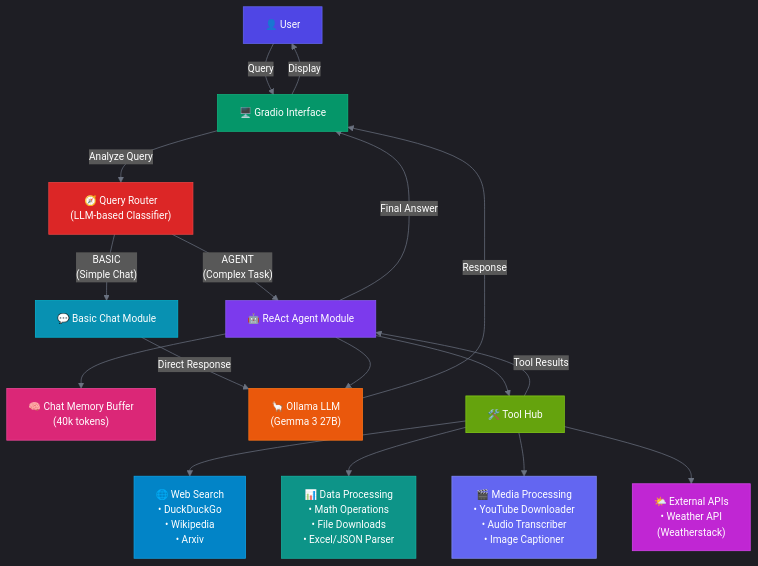
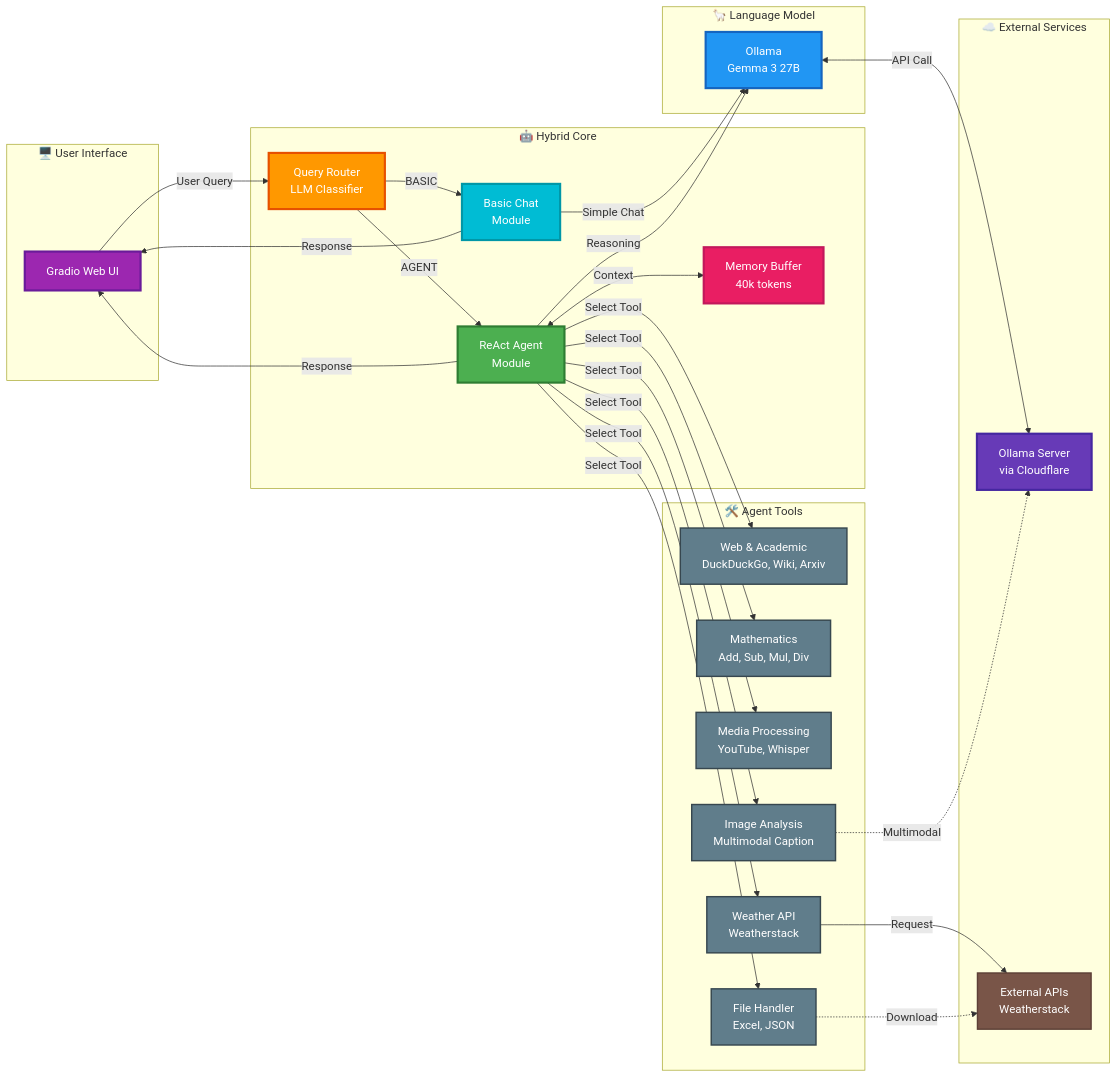
One commit to baloglu321/Hibrit_Chatbot_with_llamaindex changed the diagram in README.md. Above: the diagram before and after it, drawn with Mermaid.

Commit message:
Readme_Update_2

````diff
--- a/README.md
+++ b/README.md
@@ -7,43 +7,69 @@
 ```mermaid
-%%{init: {'theme':'dark', 'themeVariables': {'primaryColor':'#1f2937','primaryTextColor':'#fff','primaryBorderColor':'#4b5563','lineColor':'#6b7280','secondaryColor':'#374151','tertiaryColor':'#1f2937','textColor':'#fff','fontSize':'14px'}}}%%
-graph TB
-    User["👤 User"]
-    Gradio["🖥️ Gradio Interface"]
-    Router["🧭 Query Router<br/>(LLM-based Classifier)"]
-    BasicModule["💬 Basic Chat Module"]
-    AgentModule["🤖 ReAct Agent Module"]
-    Memory["🧠 Chat Memory Buffer<br/>(40k tokens)"]
+graph LR
+    subgraph UI["🖥️ User Interface"]
+        Web[Gradio Web UI]
+    end
+
+    subgraph Core["🤖 Hybrid Core"]
+        Router[Query Router<br/>LLM Classifier]
+        Basic[Basic Chat<br/>Module]
+        Agent[ReAct Agent<br/>Module]
+        Memory[Memory Buffer<br/>40k tokens]
+    end
+
+    subgraph LLM["🦙 Language Model"]
+        Ollama[Ollama<br/>Gemma 3 27B]
+    end
+
+    subgraph Tools["🛠️ Agent Tools"]
+        Search[Web & Academic<br/>DuckDuckGo, Wiki, Arxiv]
+        Math[Mathematics<br/>Add, Sub, Mul, Div]
+        Media[Media Processing<br/>YouTube, Whisper]
+        Vision[Image Analysis<br/>Multimodal Caption]
+        Files[File Handler<br/>Excel, JSON]
+        Weather[Weather API<br/>Weatherstack]
+    end
+
+    subgraph External["☁️ External Services"]
+        OllamaServer[Ollama Server<br/>via Cloudflare]
+        APIs[External APIs<br/>Weatherstack]
+    end
+
+    Web -->|User Query| Router
+    Router -->|BASIC| Basic
+    Router -->|AGENT| Agent
     
-    User -->|"Query"| Gradio
-    Gradio -->|"Analyze Query"| Router
-    Router -->|"BASIC<br/>(Simple Chat)"| BasicModule
-    Router -->|"AGENT<br/>(Complex Task)"| AgentModule
+    Basic -->|Simple Chat| Ollama
+    Agent -->|Reasoning| Ollama
+    Agent <-->|Context| Memory
     
-    BasicModule -->|"Direct Response"| OllamaLLM["🦙 Ollama LLM<br/>(Gemma 3 27B)"]
-    AgentModule --> Memory
-    AgentModule --> OllamaLLM
-    AgentModule --> ToolHub["🛠️ Tool Hub"]
+    Agent -->|Select Tool| Search
+    Agent -->|Select Tool| Math
+    Agent -->|Select Tool| Media
+    Agent -->|Select Tool| Vision
+    Agent -->|Select Tool| Files
+    Agent -->|Select Tool| Weather
     
-    ToolHub --> WebTools["🌐 Web Search<br/>• DuckDuckGo<br/>• Wikipedia<br/>• Arxiv"]
-    ToolHub --> DataTools["📊 Data Processing<br/>• Math Operations<br/>• File Downloads<br/>• Excel/JSON Parser"]
-    ToolHub --> MediaTools["🎬 Media Processing<br/>• YouTube Downloader<br/>• Audio Transcriber<br/>• Image Captioner"]
-    ToolHub --> APITools["🌤️ External APIs<br/>• Weather API<br/>(Weatherstack)"]
+    Ollama <-->|API Call| OllamaServer
+    Vision -.->|Multimodal| OllamaServer
+    Weather -->|Request| APIs
+    Files -.->|Download| APIs
     
-    OllamaLLM -->|"Response"| Gradio
-    ToolHub -->|"Tool Results"| AgentModule
-    AgentModule -->|"Final Answer"| Gradio
-    Gradio -->|"Display"| User
-    
-    style User fill:#4f46e5,stroke:#6366f1,color:#fff
-    style Gradio fill:#059669,stroke:#10b981,color:#fff
-    style Router fill:#dc2626,stroke:#ef4444,color:#fff
-    style BasicModule fill:#0891b2,stroke:#06b6d4,color:#fff
-    style AgentModule fill:#7c3aed,stroke:#8b5cf6,color:#fff
-    style Memory fill:#db2777,stroke:#ec4899,color:#fff
-    style OllamaLLM fill:#ea580c,stroke:#f97316,color:#fff
-    style ToolHub fill:#65a30d,stroke:#84cc16,color:#fff
-    style WebTools fill:#0284c7,stroke:#0ea5e9,color:#fff
-    style DataTools fill:#0d9488,stroke:#14b8a6,color:#fff
-    style MediaTools fill:#6366f1,stroke:#818cf8,color:#fff
-    style APITools fill:#c026d3,stroke:#d946ef,color:#fff
+    Basic -->|Response| Web
+    Agent -->|Response| Web
+
+    style Router fill:#FF9800,stroke:#E65100,stroke-width:3px,color:#fff
+    style Basic fill:#00BCD4,stroke:#0097A7,stroke-width:3px,color:#fff
+    style Agent fill:#4CAF50,stroke:#2E7D32,stroke-width:3px,color:#fff
+    style Ollama fill:#2196F3,stroke:#1565C0,stroke-width:3px,color:#fff
+    style Memory fill:#E91E63,stroke:#C2185B,stroke-width:3px,color:#fff
+    style Web fill:#9C27B0,stroke:#6A1B9A,stroke-width:3px,color:#fff
+    style OllamaServer fill:#673AB7,stroke:#4527A0,stroke-width:3px,color:#fff
+    style Search fill:#607D8B,stroke:#37474F,stroke-width:2px,color:#fff
+    style Math fill:#607D8B,stroke:#37474F,stroke-width:2px,color:#fff
+    style Media fill:#607D8B,stroke:#37474F,stroke-width:2px,color:#fff
+    style Vision fill:#607D8B,stroke:#37474F,stroke-width:2px,color:#fff
+    style Files fill:#607D8B,stroke:#37474F,stroke-width:2px,color:#fff
+    style Weather fill:#607D8B,stroke:#37474F,stroke-width:2px,color:#fff
+    style APIs fill:#795548,stroke:#5D4037,stroke-width:2px,color:#fff
 ```
````
